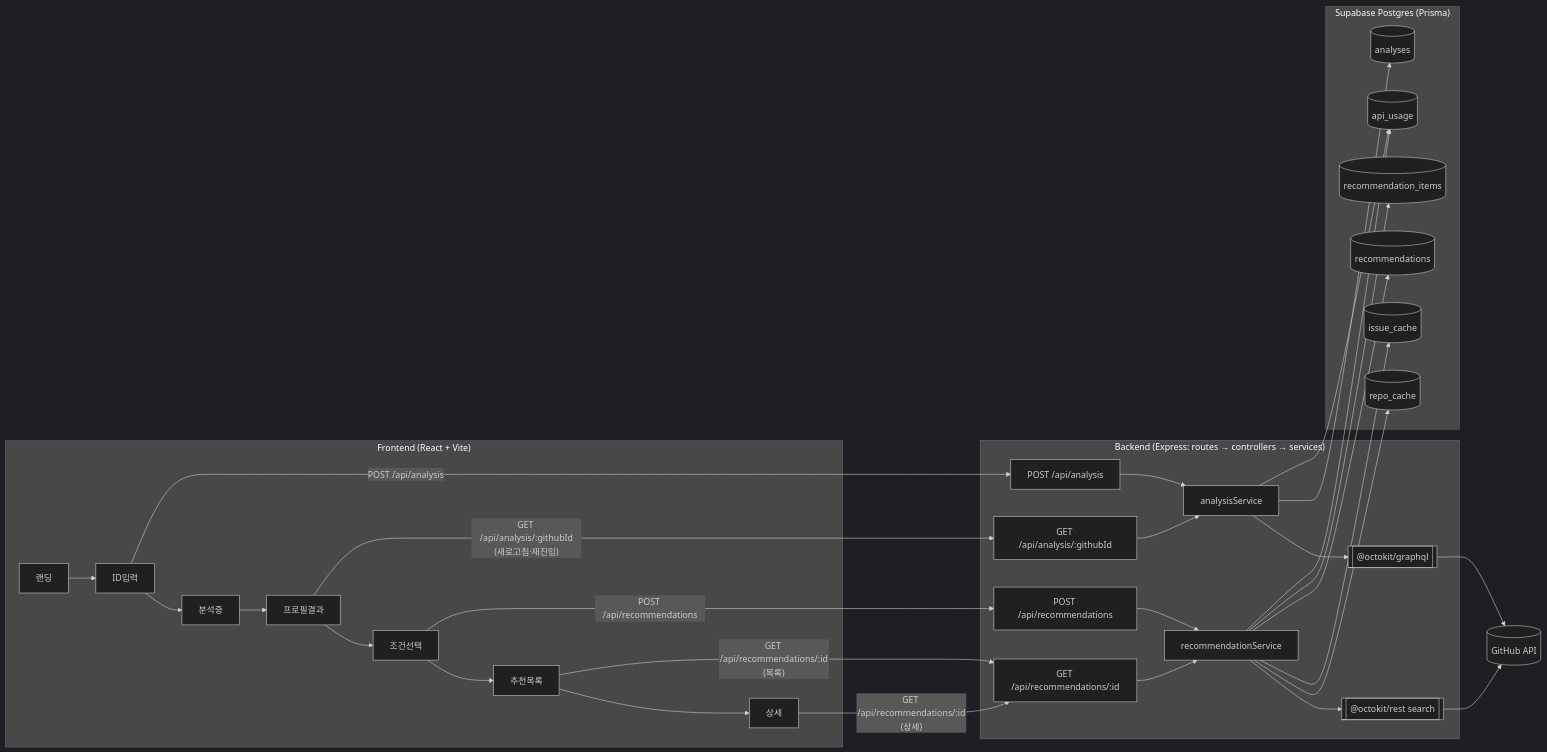
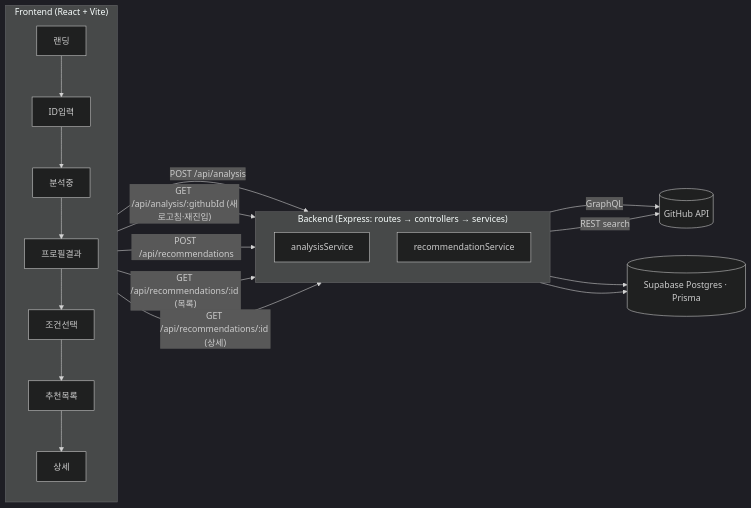
The diagram in docs/architecture.md (Mureung1/hub-showcase), drawn with Mermaid (dark theme) before and after one commit. The commit also changed 1 other file, not shown here.

Commit message:
docs: 아키텍처 다이어그램 단순화 및 README에 반영
architecture.md의 mermaid 다이어그램에서 API 라우트 박스·DB 테이블
6개를 각각 서비스 2개·DB 1개로 접어 한눈에 들어오게 정리(세부 테이블
역할은 기존 데이터 흐름 문단 참고로 안내). README에는 더 압축한
4노드 버전과 아키텍처 섹션을 추가하고, 오래전부터 미착수로 남아있던
Backend/DB 스택 표기를 실제 구성(Express/Prisma/Supabase)으로 갱신,
중복된 checklist.md 문서 표 행도 정리.

````diff
--- a/docs/architecture.md
+++ b/docs/architecture.md
@@ -8,51 +8,25 @@
 ```mermaid
 flowchart LR
   subgraph FE["Frontend (React + Vite)"]
-    S1[랜딩] --> S2[ID입력]
-    S2 --> S3[분석중]
-    S3 --> S4[프로필결과]
-    S4 --> S5[조건선택]
-    S5 --> S6[추천목록]
-    S6 --> S7[상세]
+    direction TB
+    S1[랜딩] --> S2[ID입력] --> S3[분석중] --> S4[프로필결과] --> S5[조건선택] --> S6[추천목록] --> S7[상세]
   end
 
   subgraph BE["Backend (Express: routes → controllers → services)"]
-    R1["POST /api/analysis"]
-    R2["GET /api/analysis/:githubId"]
-    R3["POST /api/recommendations"]
-    R4["GET /api/recommendations/:id"]
-    R1 --> AS[analysisService]
-    R2 --> AS
-    R3 --> RS[recommendationService]
-    R4 --> RS
-    AS --> GH1[["@octokit/graphql"]]
-    RS --> GH2[["@octokit/rest search"]]
+    direction TB
+    AS[analysisService]
+    RS[recommendationService]
   end
 
-  GitHub[("GitHub API")]
-  GH1 --> GitHub
-  GH2 --> GitHub
+  S2 -- "POST /api/analysis" --> AS
+  S4 -- "GET /api/analysis/:githubId (새로고침·재진입)" --> AS
+  S5 -- "POST /api/recommendations" --> RS
+  S6 -- "GET /api/recommendations/:id (목록)" --> RS
+  S7 -- "GET /api/recommendations/:id (상세)" --> RS
 
-  subgraph DB["Supabase Postgres (Prisma)"]
-    T1[(analyses)]
-    T2[(repo_cache)]
-    T3[(issue_cache)]
-    T4[(recommendations)]
-    T5[(recommendation_items)]
-    T6[(api_usage)]
-  end
+  AS -- GraphQL --> GitHub[("GitHub API")]
+  RS -- "REST search" --> GitHub
 
-  S2 -- "POST /api/analysis" --> R1
-  S4 -- "GET /api/analysis/:githubId\n(새로고침·재진입)" --> R2
-  S5 -- "POST /api/recommendations" --> R3
-  S6 -- "GET /api/recommendations/:id\n(목록)" --> R4
-  S7 -- "GET /api/recommendations/:id\n(상세)" --> R4
-
-  AS --> T1
-  AS --> T6
-  RS --> T2
-  RS --> T3
-  RS --> T4
-  RS --> T5
-  RS --> T6
+  AS --> DB[("Supabase Postgres · Prisma")]
+  RS --> DB
 ```
````
